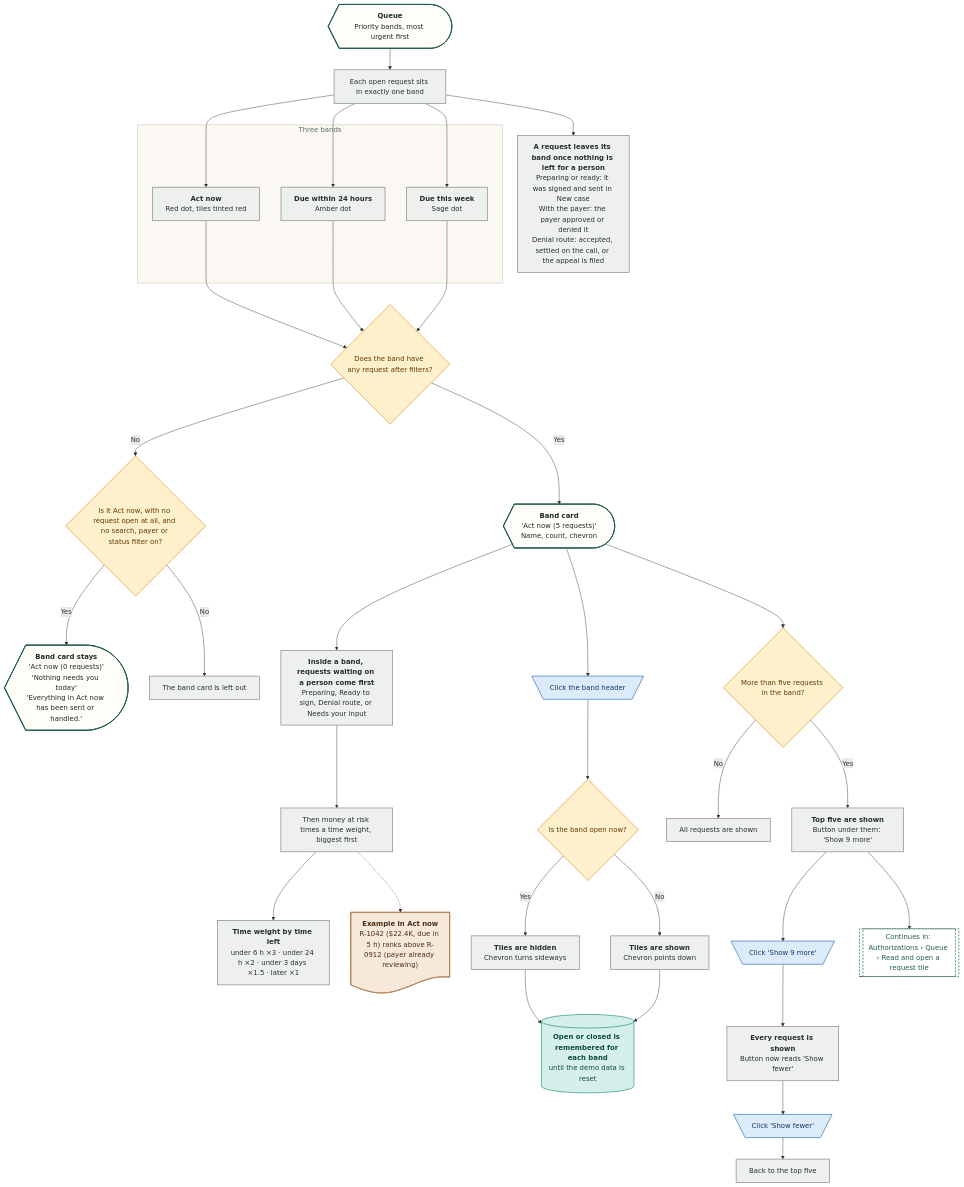
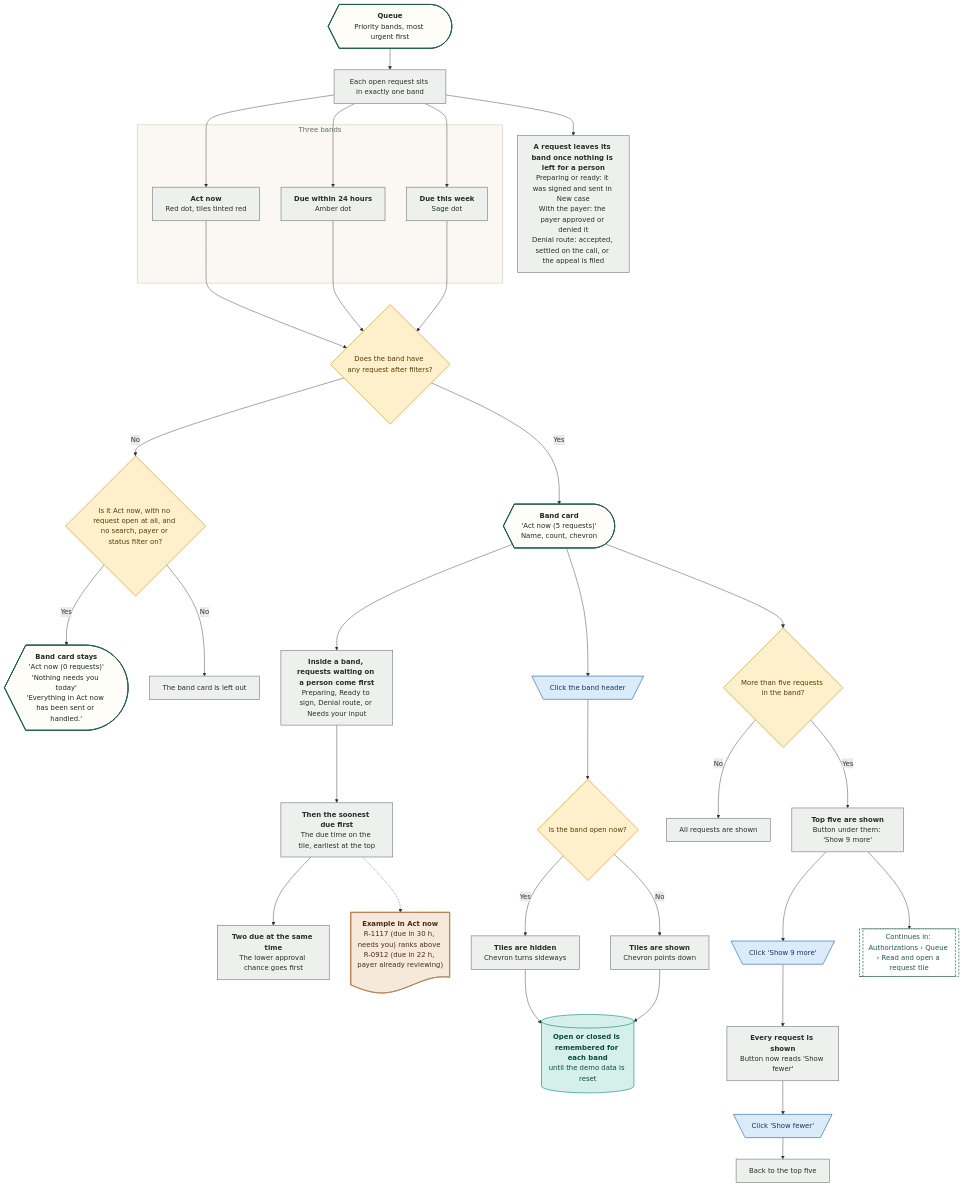
One commit to Shrav143/psyfloapp changed the second of 26 diagrams in demos/prior-auth-demo/workflows/out/md/03-authorizations.md. Above: the diagram before and after it, drawn with Mermaid. The commit also changed other lines of this file and 39 other files, not shown here.

First line of the commit message:
docs: appeal analysis report in the site map and README; rebuild the workflow diagrams (225)

````diff
--- a/demos/prior-auth-demo/workflows/out/md/03-authorizations.md
+++ b/demos/prior-auth-demo/workflows/out/md/03-authorizations.md
@@ -92,77 +92,77 @@
 ```mermaid
 %%{init: {"theme":"base","themeVariables":{"fontFamily":"'DM Sans', 'Segoe UI', system-ui, sans-serif","fontSize":"15px","lineColor":"#5B6B63","primaryTextColor":"#1C2B25","clusterBkg":"#FBF8F3","clusterBorder":"#D9CDBB","edgeLabelBackground":"#FFFFFF"},"flowchart":{"curve":"basis","nodeSpacing":36,"rankSpacing":48,"padding":12,"htmlLabels":true,"useMaxWidth":false,"wrappingWidth":230}} }%%
 flowchart TD
   classDef k_start fill:#1F5C4B,stroke:#174638,color:#FFFFFF,stroke-width:1.5px,font-weight:600
   classDef k_end fill:#DDEFE3,stroke:#2E7D4F,color:#14502F,stroke-width:1.5px,font-weight:600
   classDef k_endx fill:#FBE3E0,stroke:#C0392B,color:#7A1F16,stroke-width:1.5px,font-weight:600
   classDef k_screen fill:#FFFDF8,stroke:#1F5C4B,color:#1C2B25,stroke-width:2px
   classDef k_overlay fill:#F1F7F3,stroke:#1F5C4B,color:#1C2B25,stroke-width:2px,stroke-dasharray:5 3
   classDef k_click fill:#DCEBFA,stroke:#2F6DB5,color:#12365F,stroke-width:1.5px
   classDef k_input fill:#E4E7FF,stroke:#4C5FD5,color:#1D2670,stroke-width:1.5px
   classDef k_process fill:#EEF0EE,stroke:#7A857F,color:#26302B,stroke-width:1.5px
   classDef k_agent fill:#EEE5FA,stroke:#7A4FC2,color:#341A63,stroke-width:1.5px
   classDef k_decision fill:#FFF0CC,stroke:#D9962B,color:#5C3B00,stroke-width:1.5px
   classDef k_store fill:#D5F0EA,stroke:#1C8E7B,color:#0B4A3F,stroke-width:1.5px
   classDef k_doc fill:#F6E9DC,stroke:#B07A4C,color:#4A2E14,stroke-width:1.5px
   classDef k_ext fill:#FFE6D2,stroke:#E07B39,color:#6B2F06,stroke-width:1.5px
   classDef k_wait fill:#E4E8EE,stroke:#6B7C93,color:#26303D,stroke-width:1.5px
   classDef k_toast fill:#FFF9DB,stroke:#C9A400,color:#5A4A00,stroke-width:1.5px
   classDef k_goto fill:#FFFFFF,stroke:#1F5C4B,color:#1F5C4B,stroke-width:1.5px,stroke-dasharray:5 3
   q@{ shape: curv-trap, label: "<b>Queue</b><br/>Priority bands, most urgent first" }
   b1@{ shape: rect, label: "Each open request sits in exactly one band" }
   lv@{ shape: rect, label: "<b>A request leaves its band once nothing is left for a person</b><br/>Preparing or ready: it was signed and sent in New case<br/>With the payer: the payer approved or denied it<br/>Denial route: accepted, settled on the call, or the appeal is filed" }
   subgraph gB ["Three bands"]
   bn@{ shape: rect, label: "<b>Act now</b><br/>Red dot, tiles tinted red" }
   bd@{ shape: rect, label: "<b>Due within 24 hours</b><br/>Amber dot" }
   bw@{ shape: rect, label: "<b>Due this week</b><br/>Sage dot" }
   end
   dE@{ shape: diam, label: "Does the band have any request after filters?" }
   dZ@{ shape: diam, label: "Is it Act now, with no request open at all, and no search, payer or status filter on?" }
   em@{ shape: curv-trap, label: "<b>Band card stays</b><br/>'Act now (0 requests)'<br/>'Nothing needs you today'<br/>'Everything in Act now has been sent or handled.'" }
   hide@{ shape: rect, label: "The band card is left out" }
   bc@{ shape: curv-trap, label: "<b>Band card</b><br/>'Act now (5 requests)'<br/>Name, count, chevron" }
   r1@{ shape: rect, label: "<b>Inside a band, requests waiting on a person come first</b><br/>Preparing, Ready to sign, Denial route, or Needs your input" }
-  r2@{ shape: rect, label: "Then money at risk times a time weight, biggest first" }
-  wt@{ shape: rect, label: "<b>Time weight by time left</b><br/>under 6 h ×3 · under 24 h ×2 · under 3 days ×1.5 · later ×1" }
-  ex@{ shape: doc, label: "<b>Example in Act now</b><br/>R-1042 ($22.4K, due in 5 h) ranks above R-0912 (payer already reviewing)" }
+  r2@{ shape: rect, label: "<b>Then the soonest due first</b><br/>The due time on the tile, earliest at the top" }
+  wt@{ shape: rect, label: "<b>Two due at the same time</b><br/>The lower approval chance goes first" }
+  ex@{ shape: doc, label: "<b>Example in Act now</b><br/>R-1117 (due in 30 h, needs you) ranks above R-0912 (due in 22 h, payer already reviewing)" }
   hd@{ shape: trap-t, label: "Click the band header" }
   dC@{ shape: diam, label: "Is the band open now?" }
   col@{ shape: rect, label: "<b>Tiles are hidden</b><br/>Chevron turns sideways" }
   exp@{ shape: rect, label: "<b>Tiles are shown</b><br/>Chevron points down" }
   keep@{ shape: cyl, label: "<b>Open or closed is remembered for each band</b><br/>until the demo data is reset" }
   dM@{ shape: diam, label: "More than five requests in the band?" }
   all5@{ shape: rect, label: "All requests are shown" }
   top5@{ shape: rect, label: "<b>Top five are shown</b><br/>Button under them: 'Show 9 more'" }
   sm@{ shape: trap-t, label: "Click 'Show 9 more'" }
   allm@{ shape: rect, label: "<b>Every request is shown</b><br/>Button now reads 'Show fewer'" }
   sf@{ shape: trap-t, label: "Click 'Show fewer'" }
   back@{ shape: rect, label: "Back to the top five" }
   g1@{ shape: subproc, label: "Continues in: Authorizations › Queue › Read and open a request tile" }
   q --> b1
   b1 --> lv
   b1 --> bn & bd & bw
   bn --> dE
   bd --> dE
   bw --> dE
   dE -->|"No"| dZ
   dZ -->|"Yes"| em
   dZ -->|"No"| hide
   dE -->|"Yes"| bc
   bc --> r1 --> r2 --> wt
   r2 -.-> ex
   bc --> hd --> dC
   dC -->|"Yes"| col --> keep
   dC -->|"No"| exp --> keep
   bc --> dM
   dM -->|"No"| all5
   dM -->|"Yes"| top5 --> sm --> allm --> sf --> back
   top5 --> g1
   class q,em,bc k_screen
   class b1,lv,bn,bd,bw,hide,r1,r2,wt,col,exp,all5,top5,allm,back k_process
   class dE,dZ,dC,dM k_decision
   class ex k_doc
   class hd,sm,sf k_click
   class keep k_store
   class g1 k_goto
   style gB fill:#FBF8F3,stroke:#D9CDBB,stroke-width:1.5px,color:#5B6B63
 ```
````
